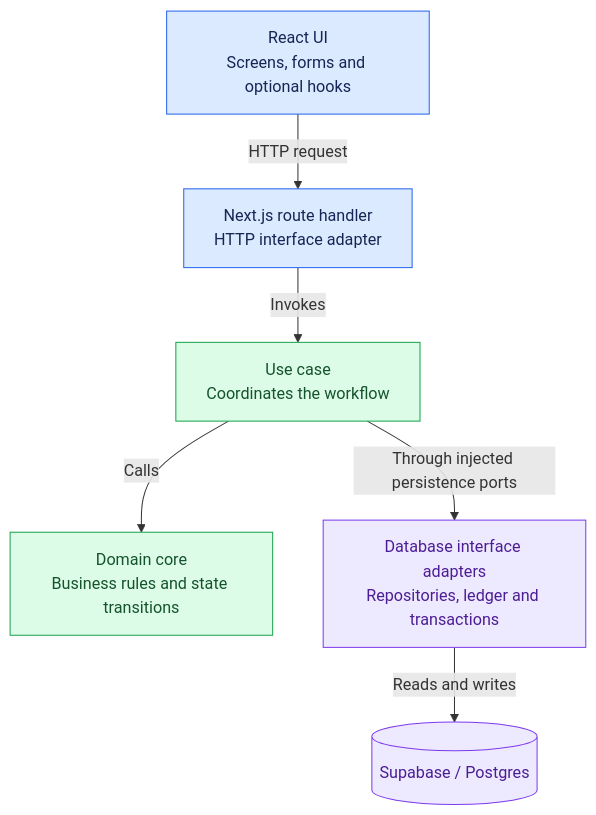
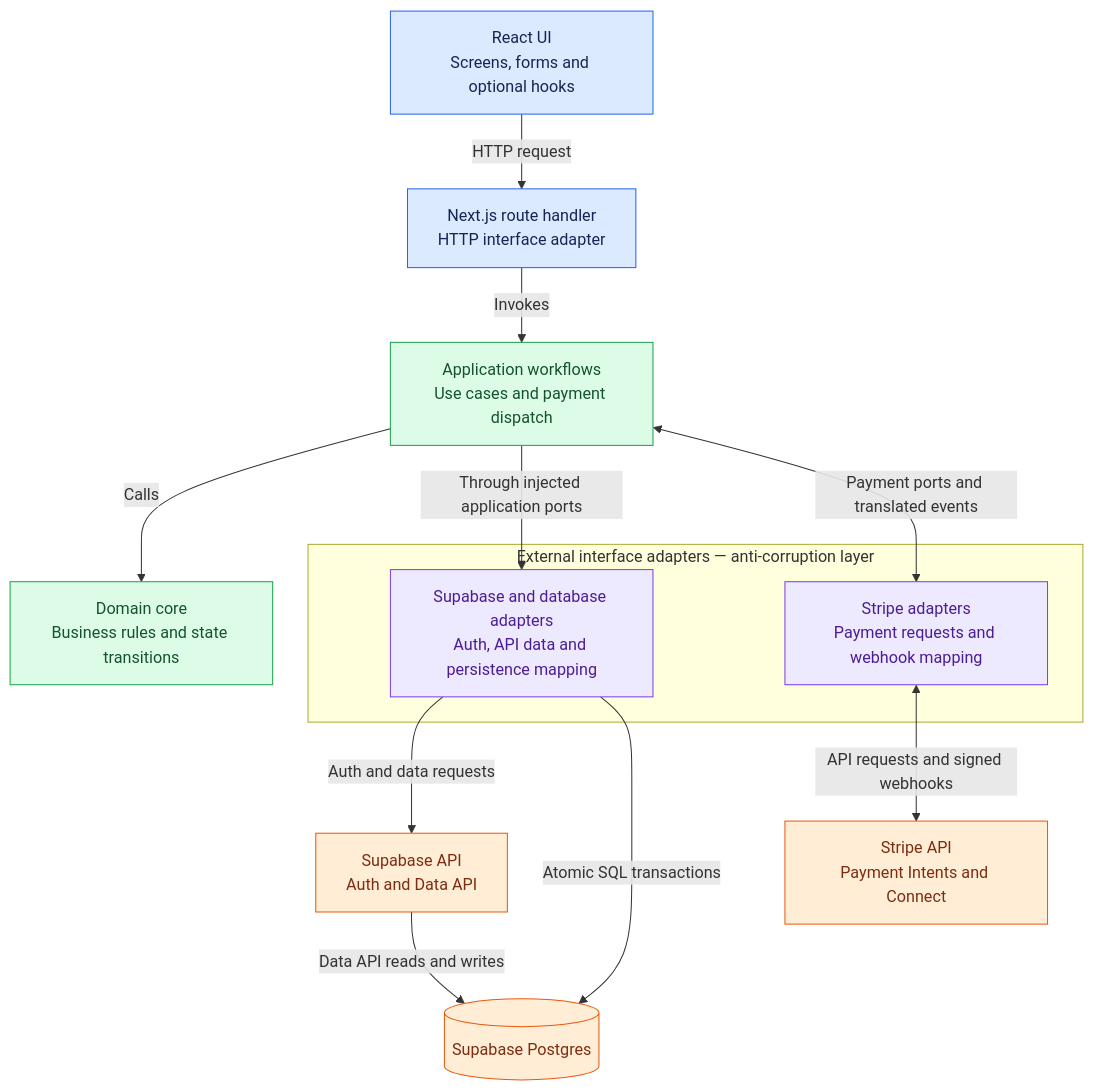
Before and after one commit to rbrishi15/booking-web-manager: the diagram in README.md, drawn with Mermaid. The commit also changed other lines of this file, not shown here.

Commit message:
docs(readme): add Stripe and Supabase to UC2-04 architecture

````diff
--- a/README.md
+++ b/README.md
@@ -25,22 +25,35 @@
 ```mermaid
 flowchart TD
     UI["React UI<br/>Screens, forms and optional hooks"]
     API["Next.js route handler<br/>HTTP interface adapter"]
-    UC["Use case<br/>Coordinates the workflow"]
+    UC["Application workflows<br/>Use cases and payment dispatch"]
     Domain["Domain core<br/>Business rules and state transitions"]
-    Data["Database interface adapters<br/>Repositories, ledger and transactions"]
-    DB[("Supabase / Postgres")]
+
+    subgraph ACL["External interface adapters — anti-corruption layer"]
+        Data["Supabase and database adapters<br/>Auth, API data and persistence mapping"]
+        Payments["Stripe adapters<br/>Payment requests and webhook mapping"]
+    end
+
+    SupabaseAPI["Supabase API<br/>Auth and Data API"]
+    StripeAPI["Stripe API<br/>Payment Intents and Connect"]
+    DB[("Supabase Postgres")]
 
     UI -->|HTTP request| API
     API -->|Invokes| UC
     UC -->|Calls| Domain
-    UC -->|Through injected persistence ports| Data
-    Data -->|Reads and writes| DB
+    UC -->|Through injected application ports| Data
+    UC <-->|Payment ports and translated events| Payments
+    Data -->|Auth and data requests| SupabaseAPI
+    Data -->|Atomic SQL transactions| DB
+    SupabaseAPI -->|Data API reads and writes| DB
+    Payments <-->|API requests and signed webhooks| StripeAPI
 
     classDef presentation fill:#dbeafe,stroke:#2563eb,color:#172554
     classDef core fill:#dcfce7,stroke:#16a34a,color:#14532d
-    classDef persistence fill:#ede9fe,stroke:#7c3aed,color:#4c1d95
+    classDef adapter fill:#ede9fe,stroke:#7c3aed,color:#4c1d95
+    classDef external fill:#ffedd5,stroke:#ea580c,color:#7c2d12
     class UI,API presentation
     class UC,Domain core
-    class Data,DB persistence
+    class Data,Payments adapter
+    class SupabaseAPI,StripeAPI,DB external
 ```
````
